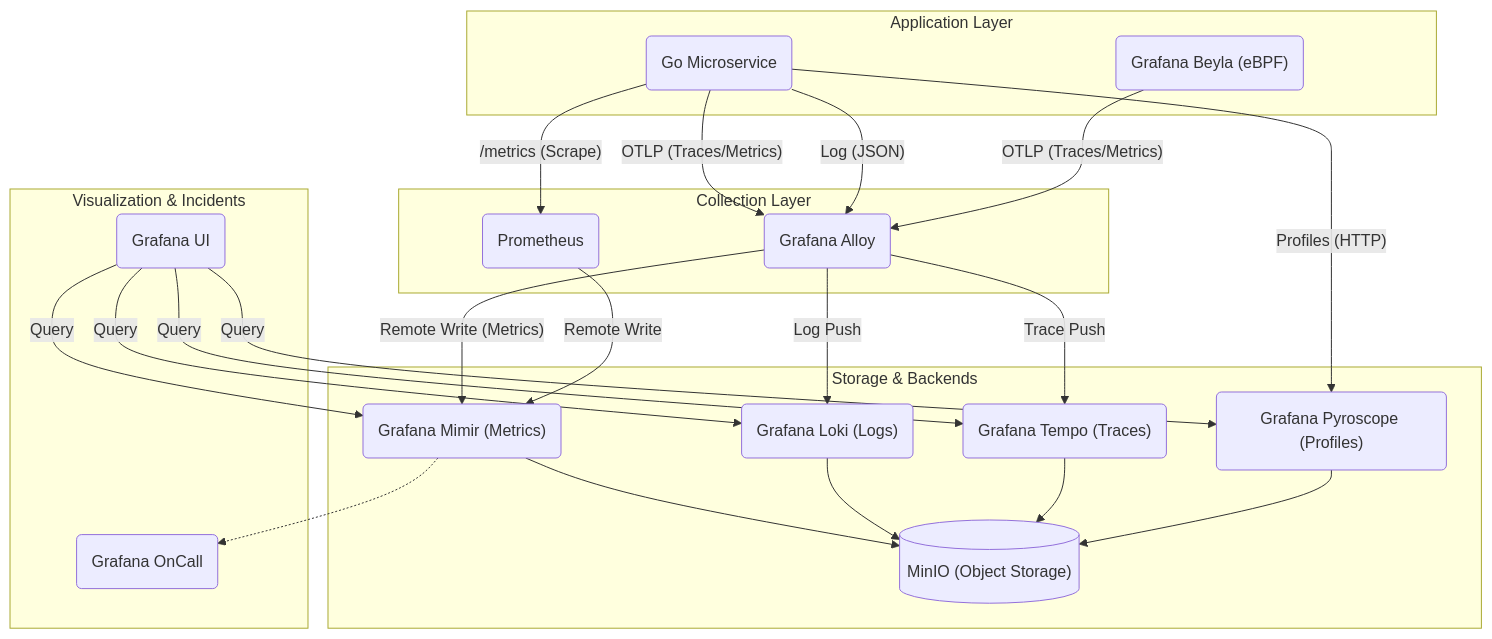
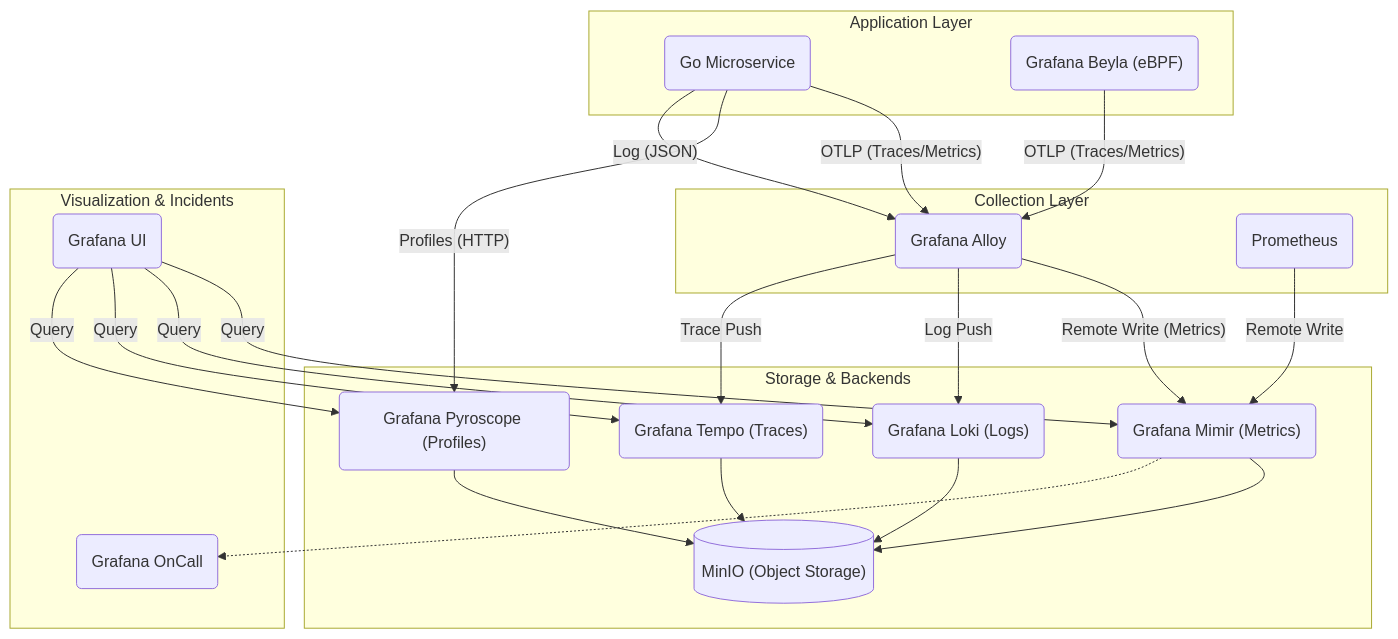
One commit to daubog44/progetto changed the diagram in docs/OBSERVABILITY.md. Above: the diagram before and after it, drawn with Mermaid. The commit also changed other lines of this file and 58 other files, not shown here.

````diff
--- a/docs/OBSERVABILITY.md
+++ b/docs/OBSERVABILITY.md
@@ -40,51 +40,50 @@
 ```mermaid
 flowchart TD
     subgraph "Application Layer"
         GoApp("Go Microservice")
         Beyla("Grafana Beyla (eBPF)")
     end
 
     subgraph "Collection Layer"
         Alloy("Grafana Alloy")
         Prometheus("Prometheus")
     end
 
     subgraph "Storage & Backends"
         Mimir("Grafana Mimir (Metrics)")
         Loki("Grafana Loki (Logs)")
         Tempo("Grafana Tempo (Traces)")
         Pyroscope("Grafana Pyroscope (Profiles)")
         MinIO[("MinIO (Object Storage)")]
     end
 
     subgraph "Visualization & Incidents"
         Grafana("Grafana UI")
         OnCall("Grafana OnCall")
     end
 
     %% Data Flows
     GoApp -- "OTLP (Traces/Metrics)" --> Alloy
     GoApp -- "Profiles (HTTP)" --> Pyroscope
     GoApp -- "Log (JSON)" --> Alloy
-    GoApp -- "/metrics (Scrape)" --> Prometheus
 
     Beyla -- "OTLP (Traces/Metrics)" --> Alloy
 
     Alloy -- "Remote Write (Metrics)" --> Mimir
     Alloy -- "Log Push" --> Loki
     Alloy -- "Trace Push" --> Tempo
 
     Prometheus -- "Remote Write" --> Mimir
 
     Mimir --> MinIO
     Loki --> MinIO
     Tempo --> MinIO
     Pyroscope --> MinIO
 
     Grafana -- "Query" --> Mimir
     Grafana -- "Query" --> Loki
     Grafana -- "Query" --> Tempo
     Grafana -- "Query" --> Pyroscope
 
     Mimir -.-> OnCall
 ```
````
